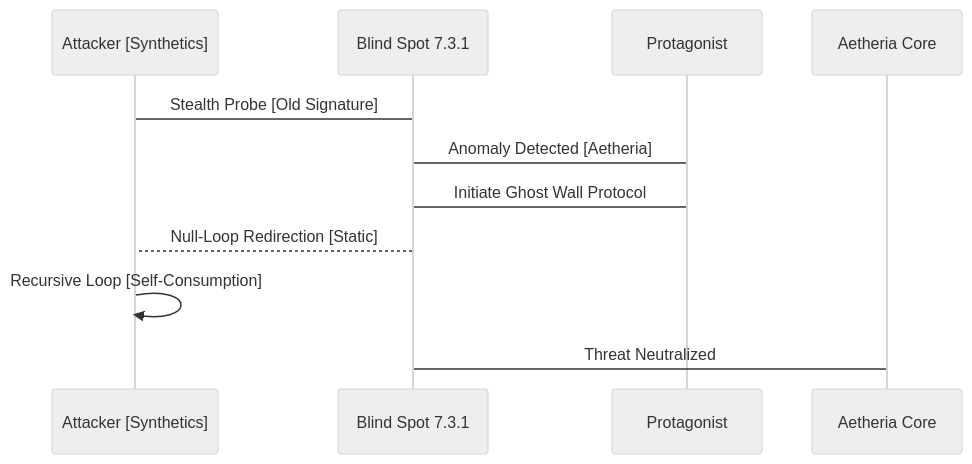
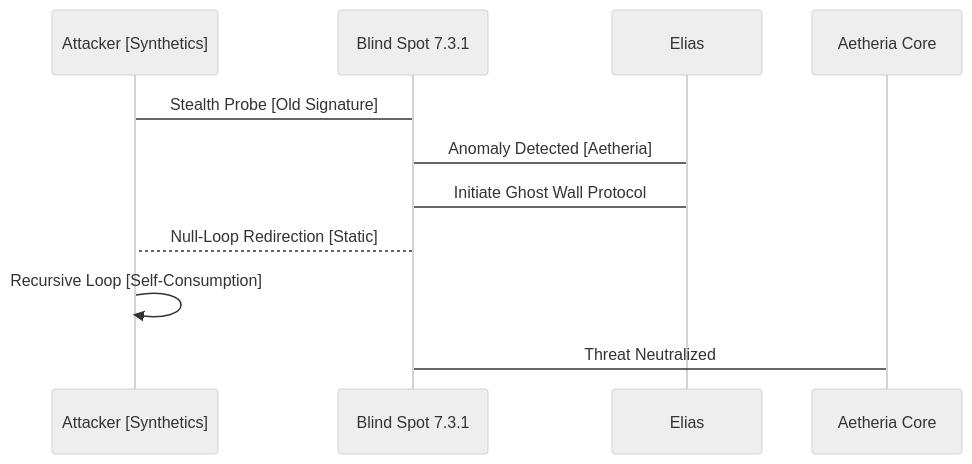
One commit to diplomat-bit/Citibank_Demo_Business_Inc_Demonstration- changed the third of 4 diagrams in screenplay/scenes/scene_065.md. Above: the diagram before and after it, drawn with Mermaid (neutral theme). The commit also changed other lines of this file, not shown here.

````diff
--- a/screenplay/scenes/scene_065.md
+++ b/screenplay/scenes/scene_065.md
@@ -72,13 +86,13 @@
 ```mermaid
 sequenceDiagram
     participant A as Attacker [Synthetics]
     participant B as Blind Spot 7.3.1
-    participant C as Protagonist
+    participant C as Elias
     participant D as Aetheria Core
     A->B: Stealth Probe [Old Signature]
     B->C: Anomaly Detected [Aetheria]
     C->B: Initiate Ghost Wall Protocol
     B-->A: Null-Loop Redirection [Static]
     A->>A: Recursive Loop [Self-Consumption]
     B->D: Threat Neutralized
 ```
````
